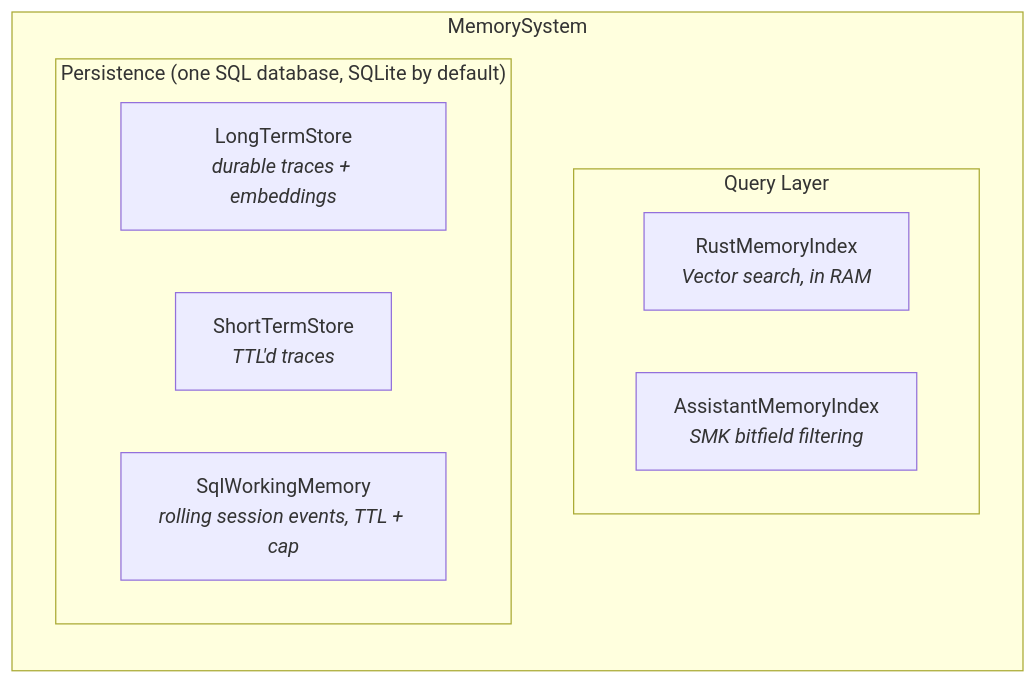
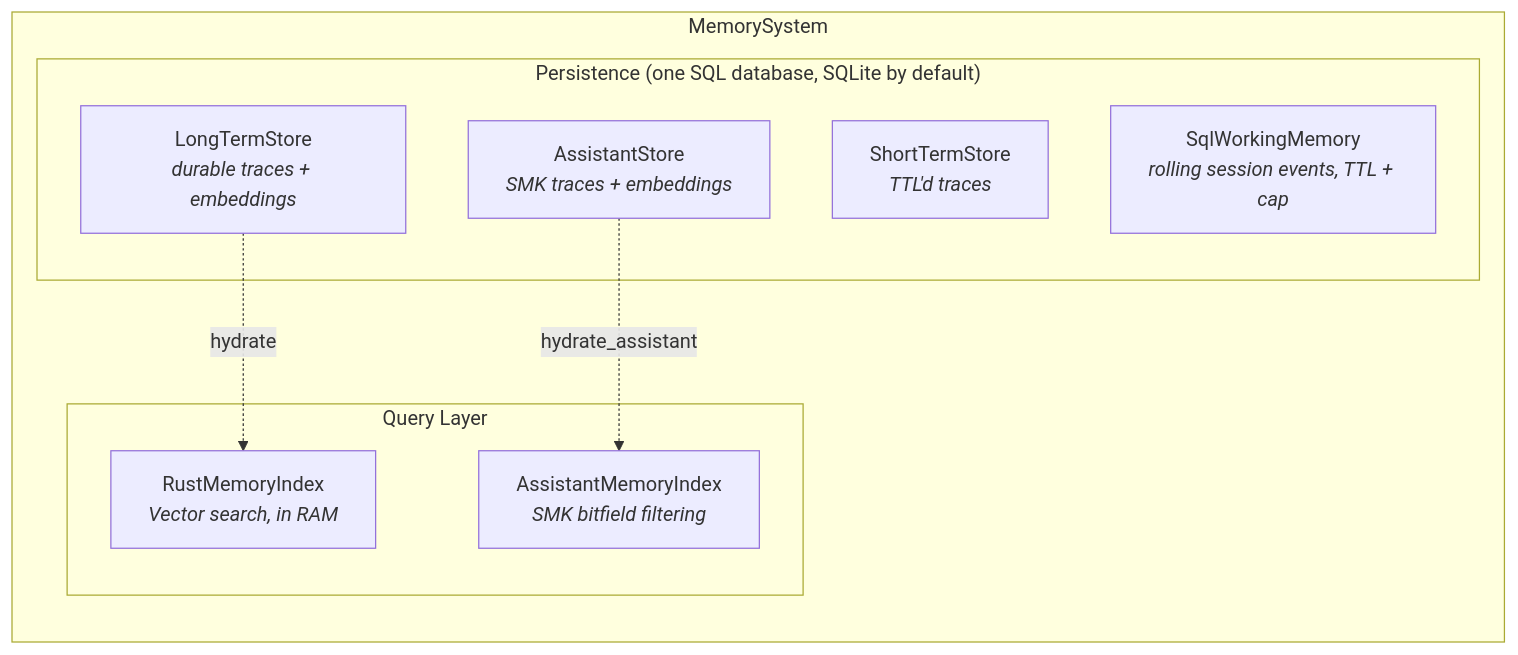
One commit to Magic-Man-us/MemoryCore changed the diagram in README.md. Above: the diagram before and after it, drawn with Mermaid. The commit also changed other lines of this file and 37 other files, not shown here.

````diff
--- a/README.md
+++ b/README.md
@@ -15,15 +16,18 @@
 ```mermaid
 graph TB
     subgraph MemorySystem
         direction TB
         subgraph Query Layer
             RI[RustMemoryIndex<br><i>Vector search, in RAM</i>]
             AI[AssistantMemoryIndex<br><i>SMK bitfield filtering</i>]
         end
         subgraph "Persistence (one SQL database, SQLite by default)"
             LTM[LongTermStore<br><i>durable traces + embeddings</i>]
             STM[ShortTermStore<br><i>TTL'd traces</i>]
             WM[SqlWorkingMemory<br><i>rolling session events, TTL + cap</i>]
+            AS[AssistantStore<br><i>SMK traces + embeddings</i>]
         end
     end
+    LTM -. hydrate .-> RI
+    AS -. hydrate_assistant .-> AI
 ```
````
